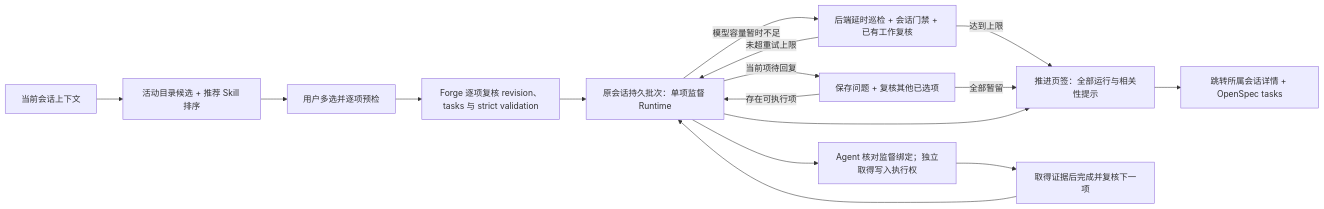
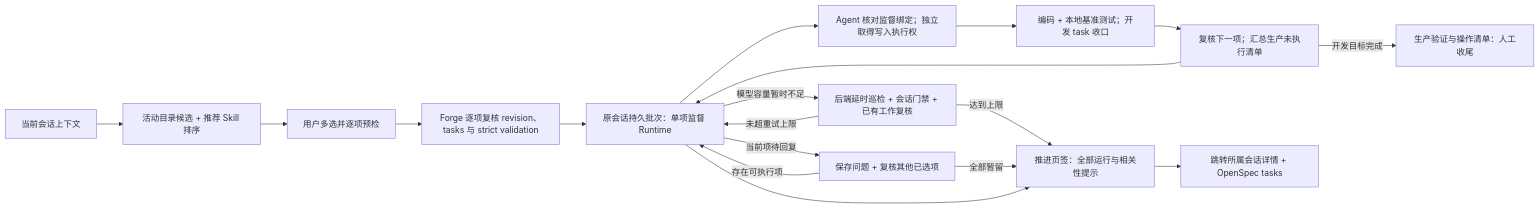
The third of 7 diagrams in docs/ai-coding-architecture.md (exception-coder/kai-toolbox), drawn with Mermaid before and after one commit. The commit also changed other lines of this file and 5 other files, not shown here.

````diff
--- a/docs/ai-coding-architecture.md
+++ b/docs/ai-coding-architecture.md
@@ -169,18 +171,20 @@
 ```mermaid
 flowchart LR
     SESSION["当前会话上下文"] --> PREVIEW["活动目录候选 + 推荐 Skill 排序"]
     PREVIEW --> CONFIRM["用户多选并逐项预检"]
     CONFIRM --> RECHECK["Forge 逐项复核 revision、tasks 与 strict validation"]
     RECHECK --> RUNTIME["原会话持久批次：单项监督 Runtime"]
     RUNTIME --> WRITER["Agent 核对监督绑定；独立取得写入执行权"]
     RUNTIME -->|"模型容量暂时不足"| RETRY["后端延时巡检 + 会话门禁 + 已有工作复核"]
     RETRY -->|"未超重试上限"| RUNTIME
     RETRY -->|"达到上限"| BOARD
-    WRITER --> NEXT["取得证据后完成并复核下一项"]
+    WRITER --> LOCAL["编码 + 本地基准测试；开发 task 收口"]
+    LOCAL --> NEXT["复核下一项；汇总生产未执行清单"]
     NEXT --> RUNTIME
+    NEXT -->|"开发目标完成"| HANDOFF["生产验证与操作清单：人工收尾"]
     RUNTIME -->|"当前项待回复"| DEFER["保存问题 + 复核其他已选项"]
     DEFER -->|"存在可执行项"| RUNTIME
     DEFER -->|"全部暂留"| BOARD
     RUNTIME --> BOARD["推进页签：全部运行与相关性提示"]
     BOARD --> DETAIL["跳转所属会话详情 + OpenSpec tasks"]
 ```
````
